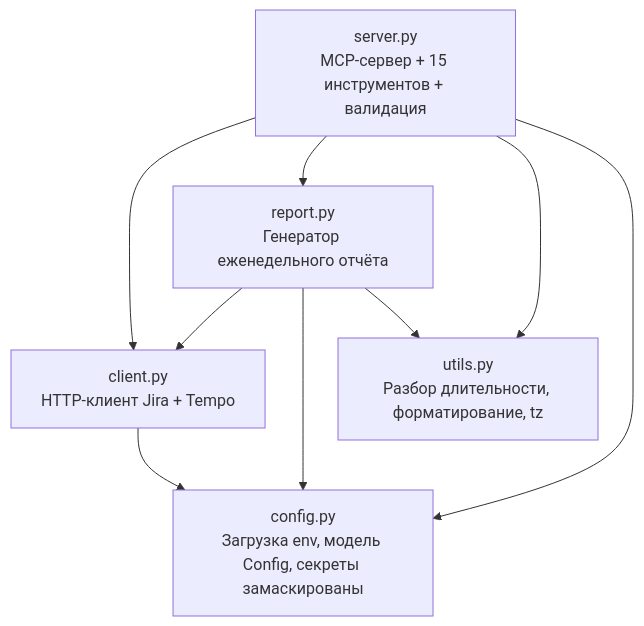
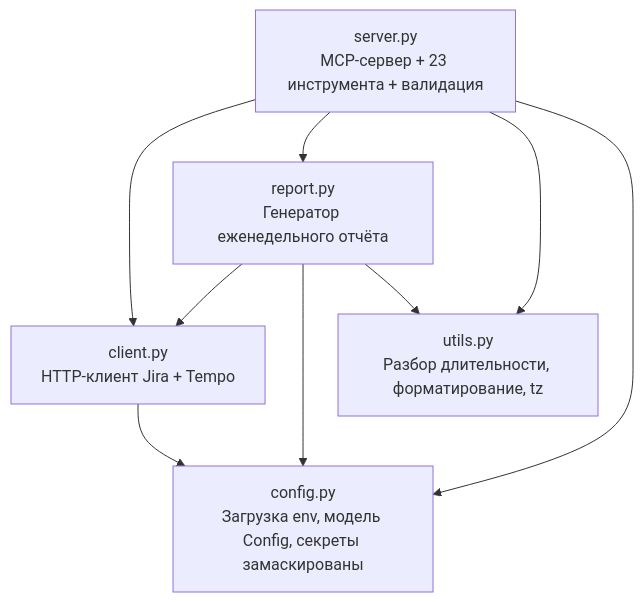
One commit to Korrnals/jira-tempo-mcp changed the first of 2 diagrams in docs/architecture.ru.md. Above: the diagram before and after it, drawn with Mermaid. The commit also changed 9 other files, not shown here.

````diff
--- a/docs/architecture.ru.md
+++ b/docs/architecture.ru.md
@@ -10,11 +10,11 @@
 ```mermaid
 flowchart TD
-    S[server.py<br/>MCP-сервер + 15 инструментов + валидация] --> C[client.py<br/>HTTP-клиент Jira + Tempo]
+    S[server.py<br/>MCP-сервер + 23 инструмента + валидация] --> C[client.py<br/>HTTP-клиент Jira + Tempo]
     S --> R[report.py<br/>Генератор еженедельного отчёта]
     S --> U[utils.py<br/>Разбор длительности, форматирование, tz]
     S --> CFG[config.py<br/>Загрузка env, модель Config, секреты замаскированы]
     C --> CFG
     R --> C
     R --> CFG
     R --> U
 ```
````
